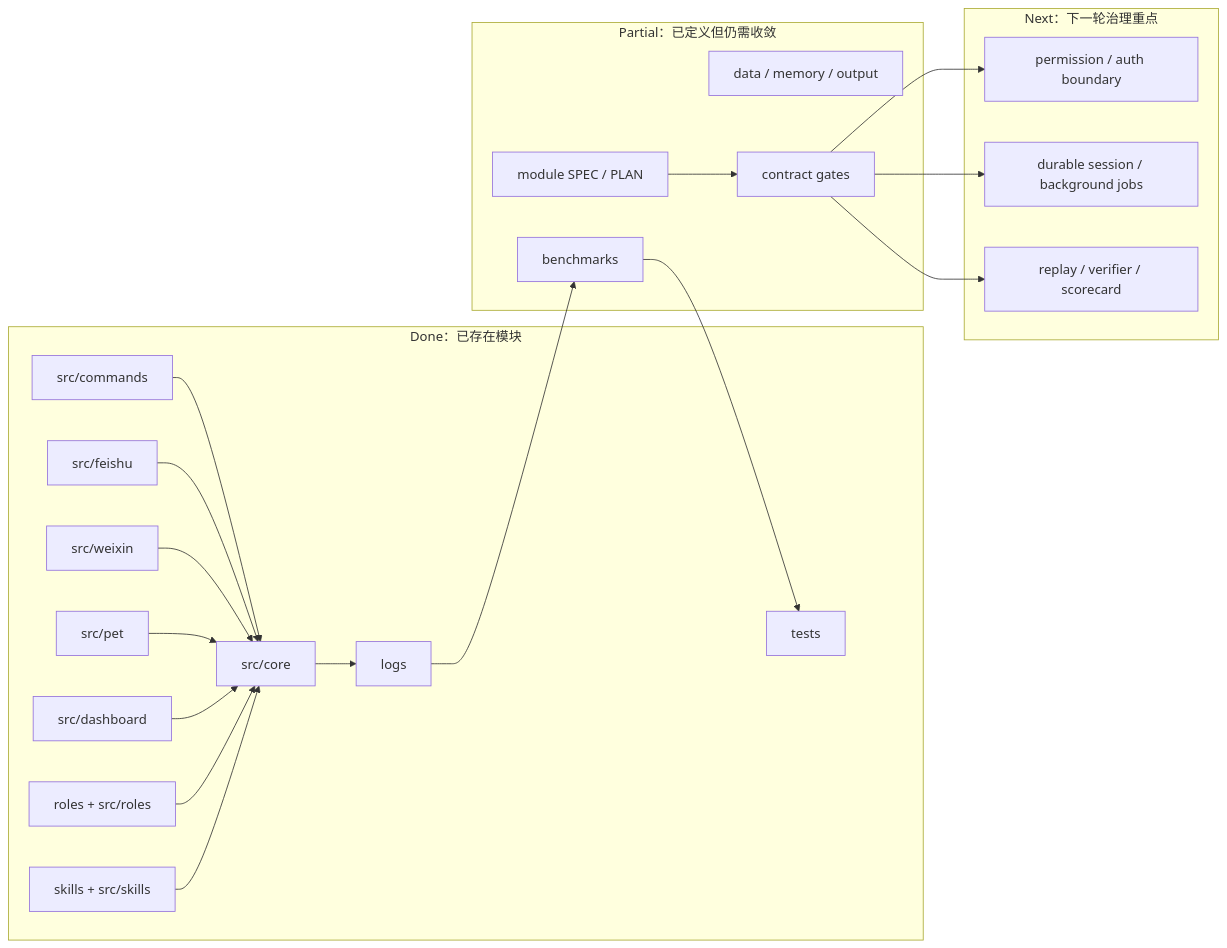
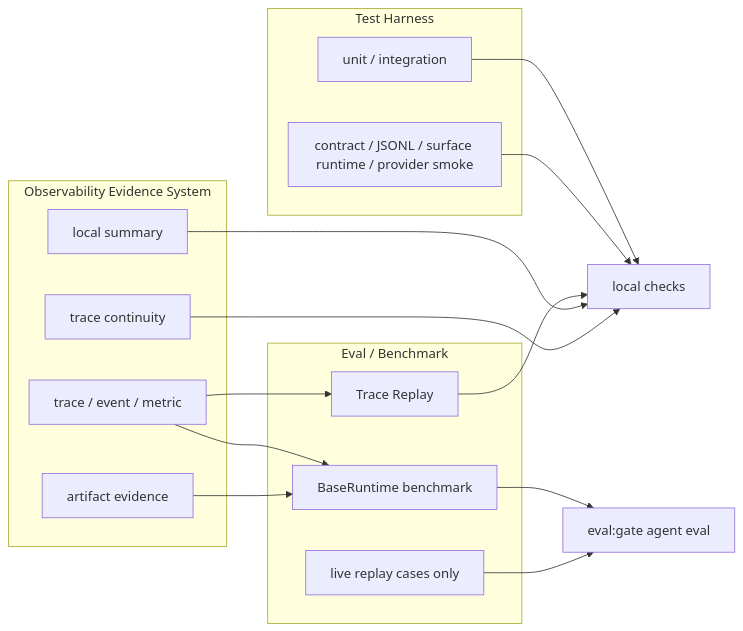
One commit to fightheyyy/XiaoBa-CLI changed the diagram in docs/PLAN.md. Above: the diagram before and after it, drawn with Mermaid. The commit also changed other lines of this file and 155 other files, not shown here.

Commit message:
Add live eval boundary and trace replay

````diff
--- a/docs/PLAN.md
+++ b/docs/PLAN.md
@@ -13,43 +13,31 @@
 ```mermaid
 flowchart LR
-    subgraph Done["Done：已存在模块"]
-        Commands["src/commands"]
-        Feishu["src/feishu"]
-        Weixin["src/weixin"]
-        Pet["src/pet"]
-        Dashboard["src/dashboard"]
-        Core["src/core"]
-        Roles["roles + src/roles"]
-        Skills["skills + src/skills"]
-        Logs["logs"]
-        Tests["tests"]
+    subgraph Test["Test Harness"]
+        Unit["unit / integration"]
+        Smoke["contract / JSONL / surface runtime / provider smoke"]
     end
 
-    subgraph Partial["Partial：已定义但仍需收敛"]
-        Evidence["data / memory / output"]
-        Benchmarks["benchmarks"]
-        Docs["module SPEC / PLAN"]
-        Gates["contract gates"]
+    subgraph Eval["Eval / Benchmark"]
+        Replay["Trace Replay"]
+        BaseRuntime["BaseRuntime benchmark"]
+        LiveOnly["live replay cases only"]
     end
 
-    subgraph Next["Next：下一轮治理重点"]
-        Security["permission / auth boundary"]
-        Durable["durable session / background jobs"]
-        Replay["replay / verifier / scorecard"]
+    subgraph Evidence["Observability Evidence System"]
+        Trace["trace / event / metric"]
+        Artifact["artifact evidence"]
+        LocalSummary["local summary"]
+        Continuity["trace continuity"]
     end
 
-    Commands --> Core
-    Feishu --> Core
-    Weixin --> Core
-    Pet --> Core
-    Dashboard --> Core
-    Roles --> Core
-    Skills --> Core
-    Core --> Logs
-    Logs --> Benchmarks
-    Benchmarks --> Tests
-    Docs --> Gates
-    Gates --> Security
-    Gates --> Durable
-    Gates --> Replay
+    Unit --> LocalChecks["local checks"]
+    Smoke --> LocalChecks
+    Trace --> Replay
+    Replay --> LocalChecks
+    BaseRuntime --> Gate["eval:gate agent eval"]
+    LiveOnly --> Gate
+    Trace --> BaseRuntime
+    Artifact --> BaseRuntime
+    LocalSummary --> LocalChecks
+    Continuity --> LocalChecks
 ```
````
